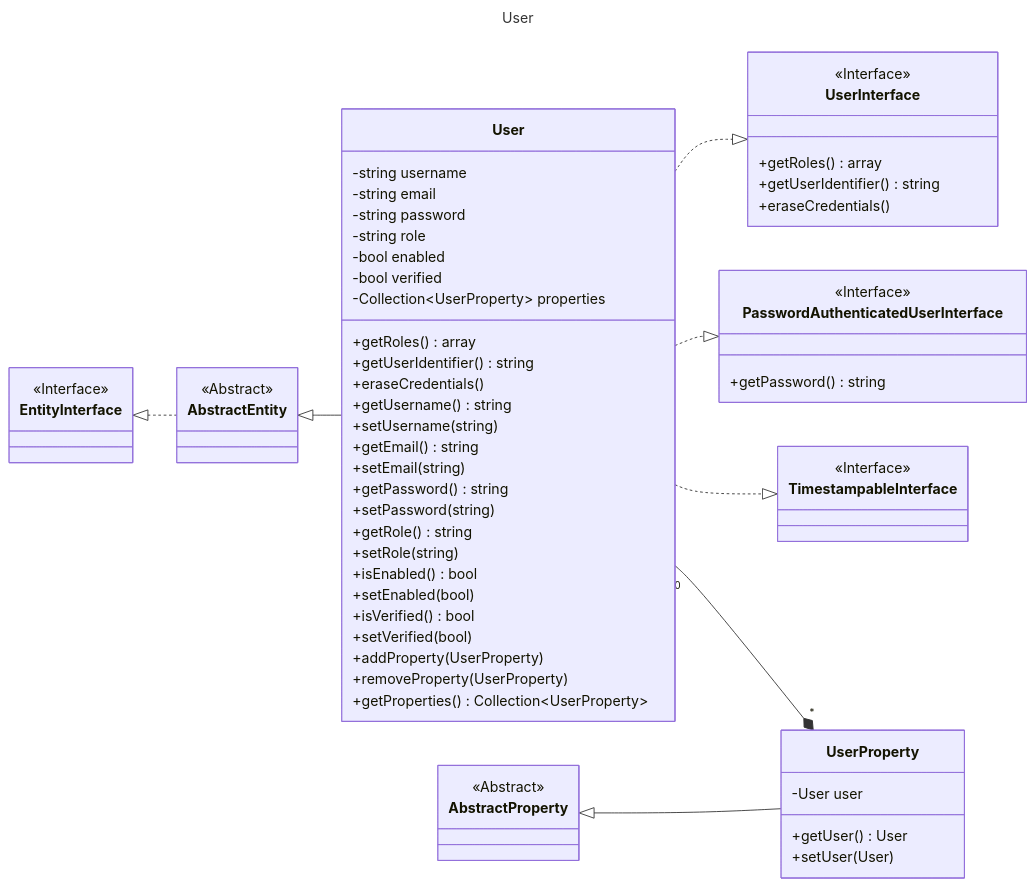
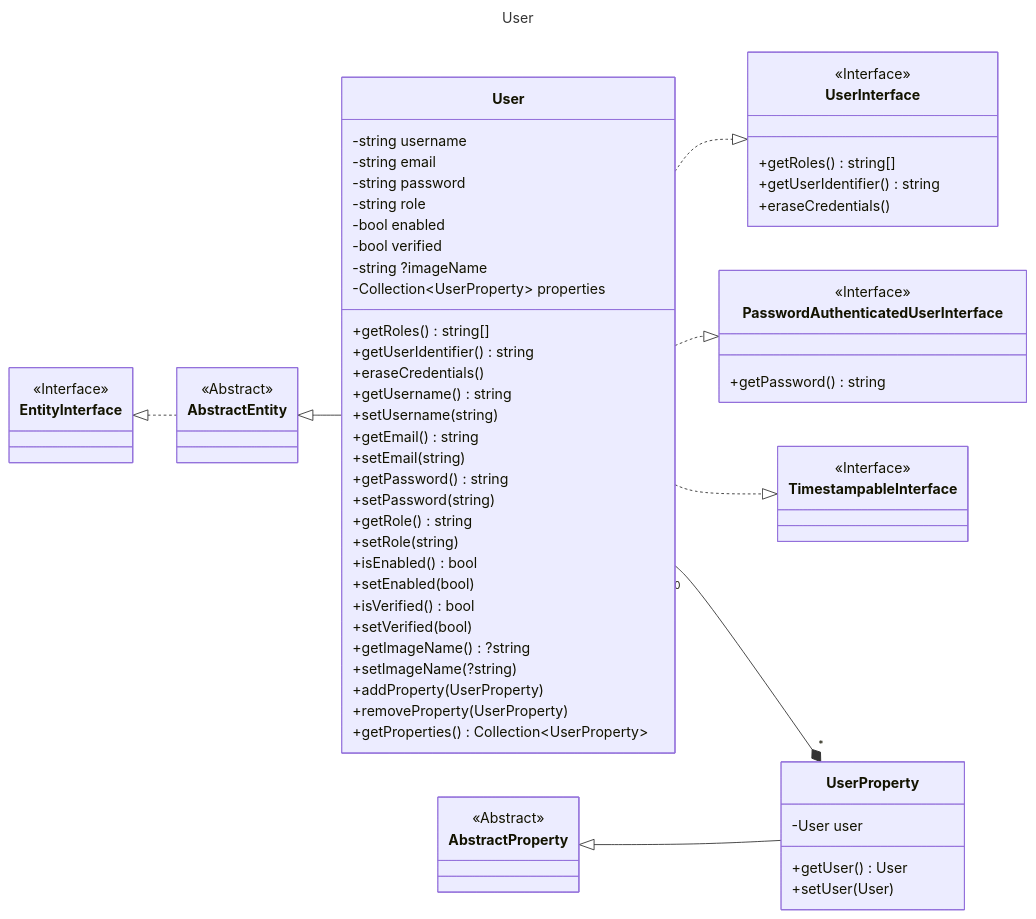
Before and after one commit to laurentmuller/calculation: the diagram in resources/diagrams/user.mmd, drawn with Mermaid. The commit also changed 22 other files, not shown here.

```diff
--- a/resources/diagrams/user.mmd
+++ b/resources/diagrams/user.mmd
@@ -1,80 +1,83 @@
 ---
 title: User
 ---
 classDiagram
     direction LR
 
-    class UserInterface {
+    class UserInterface{
         <<Interface>>
-        +getRoles() array
+        +getRoles() string[]
         +getUserIdentifier() string
         +eraseCredentials()
     }
 
     class EntityInterface {
         <<Interface>>
     }
 
     class TimestampableInterface {
         <<Interface>>
     }
 
     class PasswordAuthenticatedUserInterface {
         <<Interface>>
         +getPassword() string
     }
 
     class User {
         -string username
         -string email
         -string password
         -string role
         -bool enabled
         -bool verified
+        -string ?imageName
         -Collection~UserProperty~ properties
-        +getRoles() array
+        +getRoles() string[]
         +getUserIdentifier() string
         +eraseCredentials()
         +getUsername() string
         +setUsername(string)
         +getEmail() string
         +setEmail(string)
         +getPassword() string
         +setPassword(string)
         +getRole() string
         +setRole(string)
         +isEnabled() bool
         +setEnabled(bool)
         +isVerified() bool
         +setVerified(bool)
+        +getImageName() ?string
+        +setImageName(?string)
         +addProperty(UserProperty)
         +removeProperty(UserProperty)
         +getProperties() Collection~UserProperty~
     }
 
     class UserProperty {
         -User user
         +getUser() User
         +setUser(User)
     }
 
     class AbstractProperty {
         <<Abstract>>
     }
 
     class AbstractEntity {
         <<Abstract>>
     }
 
     EntityInterface <|.. AbstractEntity
     AbstractEntity <|-- User
     User ..|> UserInterface
     User ..|> PasswordAuthenticatedUserInterface
     User ..|> TimestampableInterface
     User "0" --* "*" UserProperty
     AbstractProperty <|-- UserProperty
 
     click EntityInterface call nodeCallback()
     click AbstractEntity call nodeCallback()
     click AbstractProperty call nodeCallback()
     click TimestampableInterface call nodeCallback()
```
